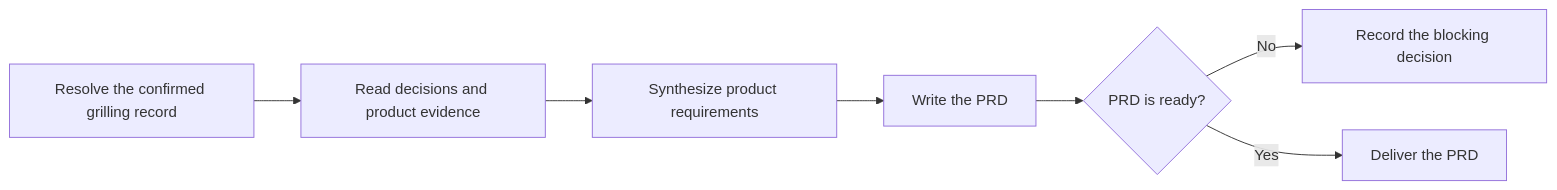
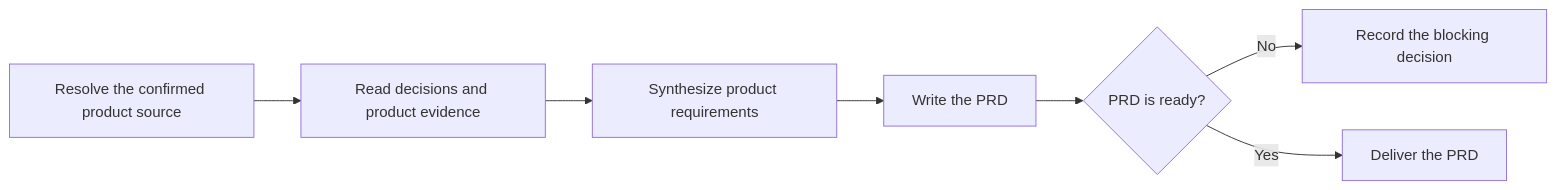
One commit to fam-tung-lam/ptlam-agent-plugin changed the diagram in plugin/skills/ptlam-creating-prd/SKILL.md. Above: the diagram before and after it, drawn with Mermaid. The commit also changed other lines of this file and 7 other files, not shown here.

````diff
--- a/plugin/skills/ptlam-creating-prd/SKILL.md
+++ b/plugin/skills/ptlam-creating-prd/SKILL.md
@@ -12,9 +12,9 @@
 ```mermaid
 flowchart LR
-    ResolveRecord["Resolve the confirmed grilling record"] --> ReadEvidence["Read decisions and product evidence"]
+    ResolveSource["Resolve the confirmed product source"] --> ReadEvidence["Read decisions and product evidence"]
     ReadEvidence --> SynthesizeRequirements["Synthesize product requirements"]
     SynthesizeRequirements --> WritePrd["Write the PRD"]
     WritePrd --> ReadinessCheck{"PRD is ready?"}
     ReadinessCheck -->|"No"| RecordBlocker["Record the blocking decision"]
     ReadinessCheck -->|"Yes"| DeliverPrd["Deliver the PRD"]
 ```
````
